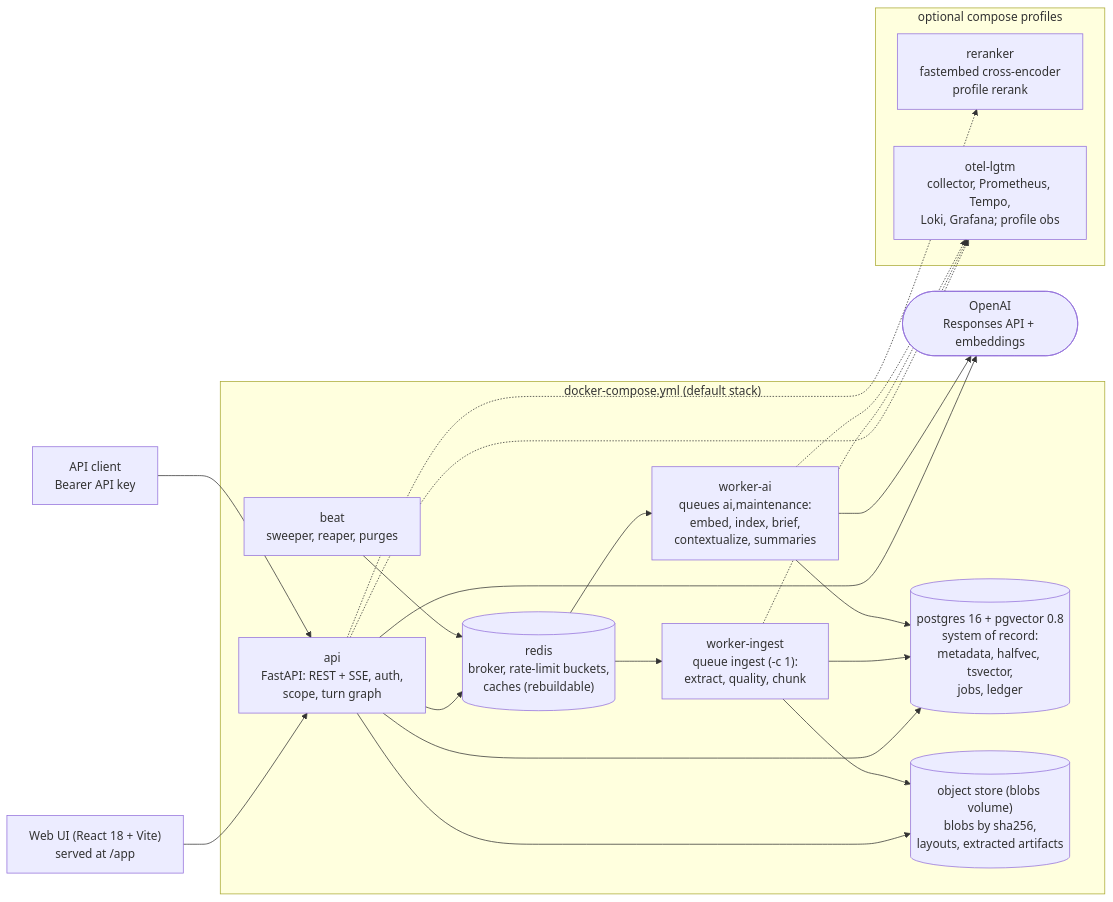
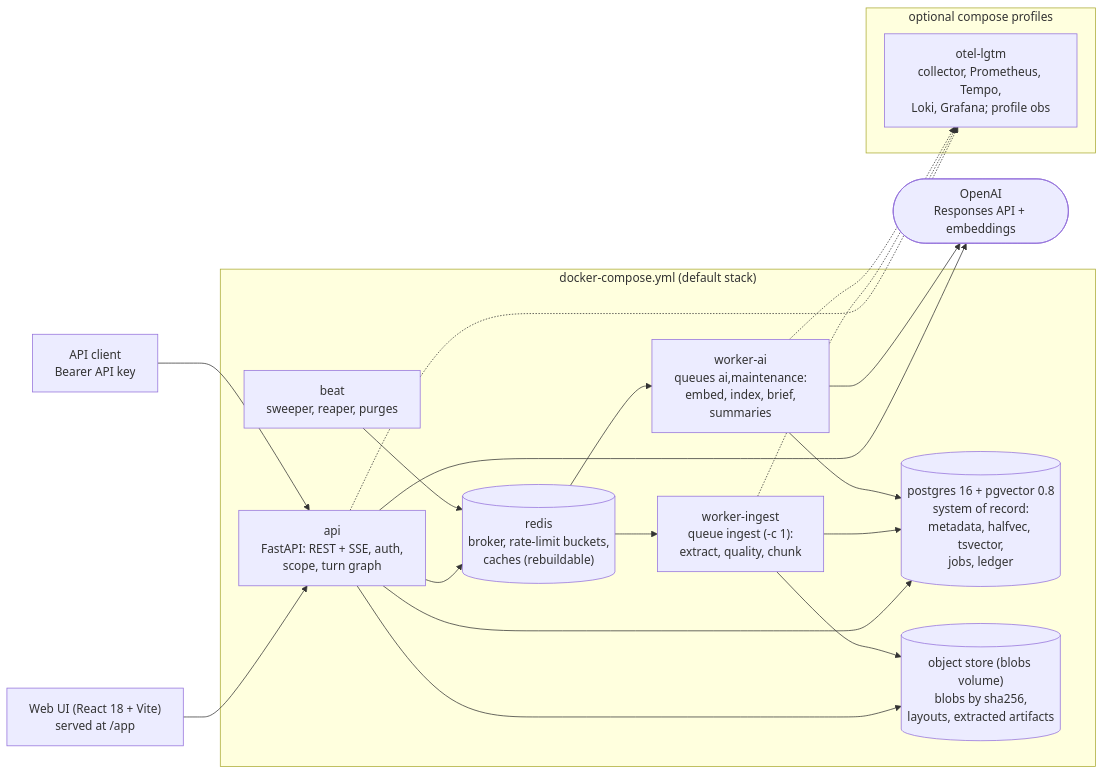
Before and after one commit to Madhav2310/Vault-System: the first of 5 diagrams in ARCHITECTURE.md, drawn with Mermaid. The commit also changed other lines of this file and 11 other files, not shown here.

````diff
--- a/ARCHITECTURE.md
+++ b/ARCHITECTURE.md
@@ -81,36 +81,34 @@
 ```mermaid
 flowchart LR
     ui["Web UI (React 18 + Vite)<br/>served at /app"]
     client["API client<br/>Bearer API key"]
     subgraph compose["docker-compose.yml (default stack)"]
         api["api<br/>FastAPI: REST + SSE, auth,<br/>scope, turn graph"]
         wi["worker-ingest<br/>queue ingest (-c 1):<br/>extract, quality, chunk"]
-        wa["worker-ai<br/>queues ai,maintenance:<br/>embed, index, brief,<br/>contextualize, summaries"]
+        wa["worker-ai<br/>queues ai,maintenance:<br/>embed, index, brief,<br/>summaries"]
         beat["beat<br/>sweeper, reaper, purges"]
         pg[("postgres 16 + pgvector 0.8<br/>system of record:<br/>metadata, halfvec, tsvector,<br/>jobs, ledger")]
         redis[("redis<br/>broker, rate-limit buckets,<br/>caches (rebuildable)")]
         blobs[("object store (blobs volume)<br/>blobs by sha256,<br/>layouts, extracted artifacts")]
     end
     subgraph optional["optional compose profiles"]
-        rr["reranker<br/>fastembed cross-encoder<br/>profile rerank"]
         obs["otel-lgtm<br/>collector, Prometheus, Tempo,<br/>Loki, Grafana; profile obs"]
     end
     openai(["OpenAI<br/>Responses API + embeddings"])
     ui --> api
     client --> api
     api --> pg
     api --> redis
     api --> blobs
-    api -.-> rr
     api --> openai
     redis --> wi
     redis --> wa
     beat --> redis
     wi --> pg
     wi --> blobs
     wa --> pg
     wa --> openai
     api -.-> obs
     wi -.-> obs
     wa -.-> obs
 ```
````
